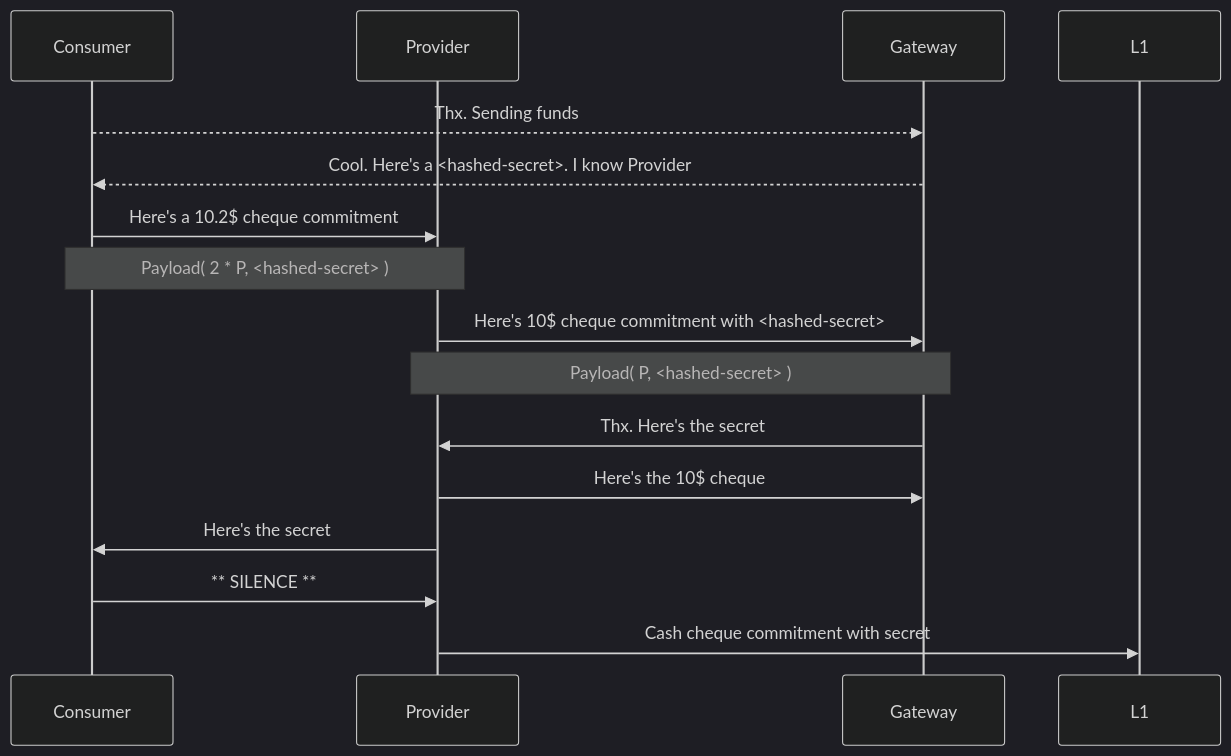
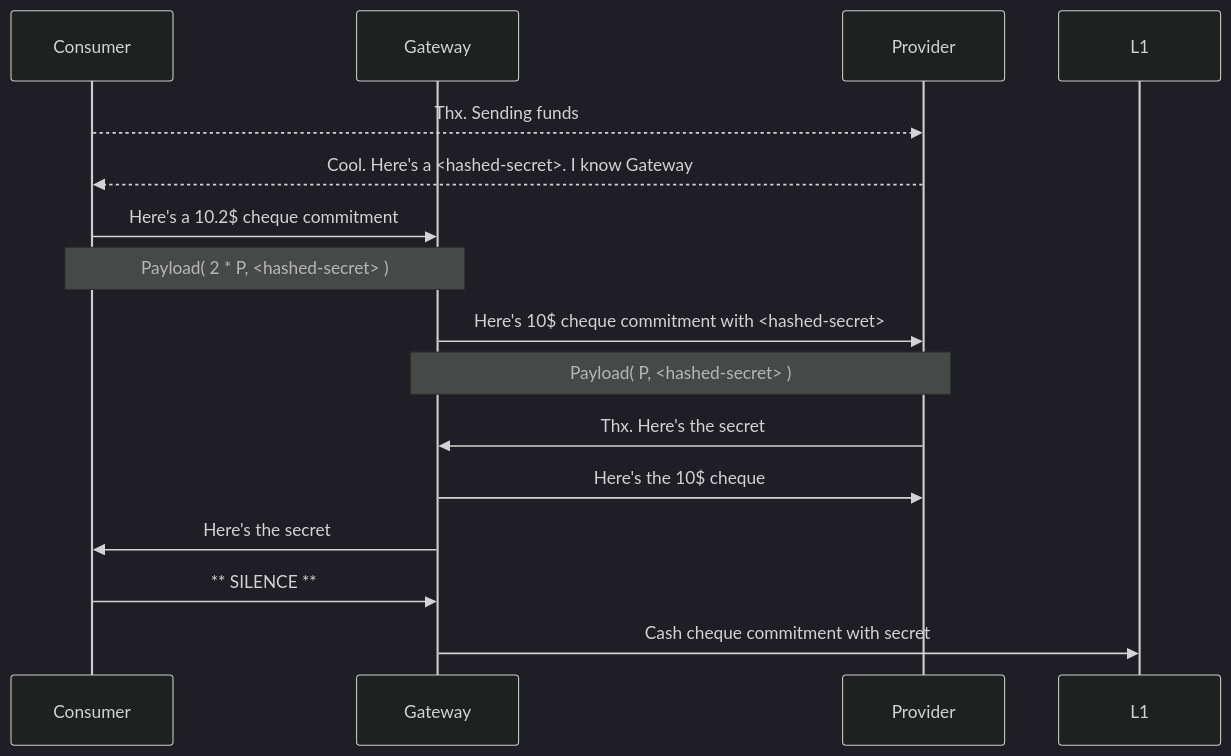
The third of 4 diagrams in docs/design-notes.md (colll78/cardano-lightning), drawn with Mermaid (dark theme) before and after one commit. The commit also changed other lines of this file, not shown here.

````diff
--- a/docs/design-notes.md
+++ b/docs/design-notes.md
@@ -118,18 +118,18 @@
 ```mermaid
  sequenceDiagram
   participant Consumer
+  participant Gateway
   participant Provider
-  participant Gateway
 
-  Consumer-->>Gateway: Thx. Sending funds
-  Gateway-->>Consumer: Cool. Here's a <hashed-secret>. I know Provider
-  Consumer->>Provider: Here's a 10.2$ cheque commitment
-  Note over Consumer,Provider: Payload( 2 * P, <hashed-secret> )
-  Provider->>Gateway: Here's 10$ cheque commitment with <hashed-secret>
-  Note over Provider,Gateway: Payload( P, <hashed-secret> )
-  Gateway->>Provider: Thx. Here's the secret
-  Provider->>Gateway: Here's the 10$ cheque
-  Provider->>Consumer: Here's the secret
-  Consumer->>Provider: ** SILENCE **
-  Provider->>L1: Cash cheque commitment with secret
+  Consumer-->>Provider: Thx. Sending funds
+  Provider-->>Consumer: Cool. Here's a <hashed-secret>. I know Gateway
+  Consumer->>Gateway: Here's a 10.2$ cheque commitment
+  Note over Consumer,Gateway: Payload( 2 * P, <hashed-secret> )
+  Gateway->>Provider: Here's 10$ cheque commitment with <hashed-secret>
+  Note over Gateway,Provider: Payload( P, <hashed-secret> )
+  Provider->>Gateway: Thx. Here's the secret
+  Gateway->>Provider: Here's the 10$ cheque
+  Gateway->>Consumer: Here's the secret
+  Consumer->>Gateway: ** SILENCE **
+  Gateway->>L1: Cash cheque commitment with secret
 ```
````
